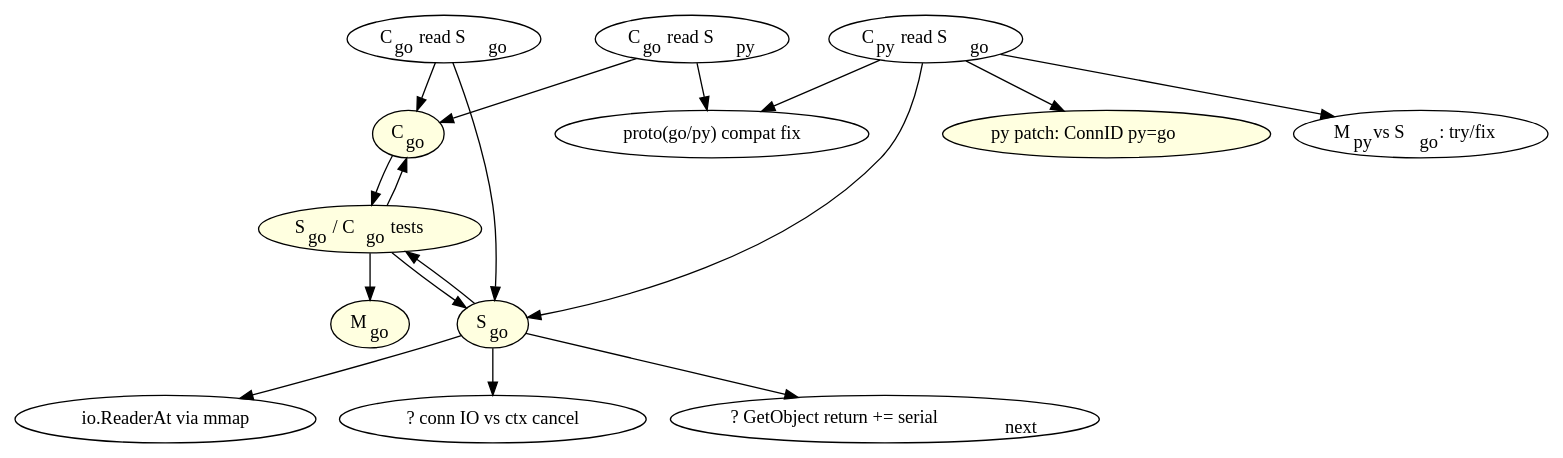
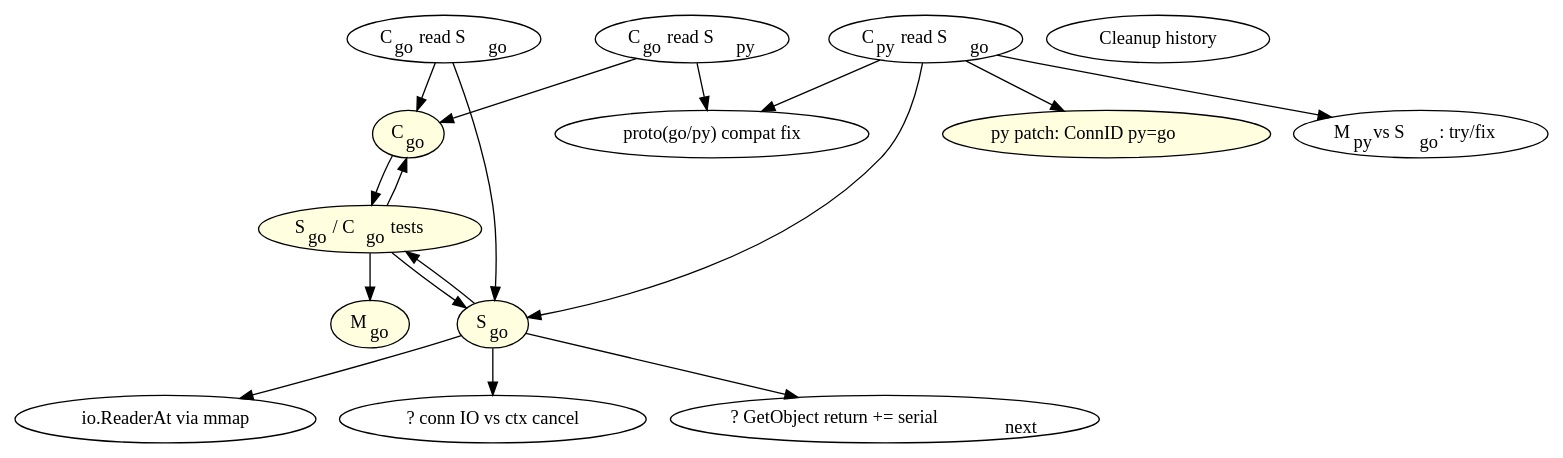
One commit to Nexedi/neoppod changed the diagram in go/todo.dot. Above: the diagram before and after it, drawn with Graphviz. The commit also changed 1 other file, not shown here.

```diff
--- a/go/todo.dot
+++ b/go/todo.dot
@@ -1,41 +1,42 @@
 digraph {
 	Cgo -> SCgo_t;
 	Sgo -> SCgo_t;
 
 	SCgo_t -> Mgo;
 	SCgo_t -> Sgo;
 	SCgo_t -> Cgo;
 
 	Sgo -> Mmap_go;
 	Sgo -> io_cancel;
 	Sgo -> load_serial_next;
 
 	Cpy_r_Sgo -> Sgo;
 	Cpy_r_Sgo -> Protog_fix;
 	Cpy_r_Sgo -> Cpy_patch;
 	Cpy_r_Sgo -> Mpy_vs_Sgo;
 
 	Cgo_r_Sgo -> Cgo;
 	Cgo_r_Sgo -> Sgo;		
 
 	Cgo_r_Spy -> Cgo;
 	Cgo_r_Spy -> Protog_fix;
 
 	Cgo		[label=<C<sub>go</sub>> style=filled fillcolor=lightyellow];
 	Sgo		[label=<S<sub>go</sub>> style=filled fillcolor=lightyellow];
 	Mgo		[label=<M<sub>go</sub>> style=filled fillcolor=lightyellow];
 	SCgo_t		[label=<S<sub>go</sub>  / C<sub>go</sub>  tests> style=filled fillcolor=lightyellow];
 	Cpy_r_Sgo	[label=<C<sub>py</sub>  read S<sub>go</sub>>];
 	Cgo_r_Sgo	[label=<C<sub>go</sub>  read S<sub>go</sub>>];
 	Cgo_r_Spy	[label=<C<sub>go</sub>  read S<sub>py</sub>>];
+	Cleanup		[label="Cleanup history"];
 	Cpy_patch	[label=<py patch: ConnID py=go> style=filled fillcolor=lightyellow];	// C<sub>py</sub>  patch for ConnID interop. with S<sub>go</sub>>];
 	Mmap_go		[label="io.ReaderAt via mmap"];
 	Protog_fix	[label="proto(go/py) compat fix"];
 	Mpy_vs_Sgo	[label=<M<sub>py</sub> vs S<sub>go</sub>: try/fix>];
 
 	io_cancel		[label="? conn IO vs ctx cancel"];
 	load_serial_next	[label=<? GetObject return += serial<sub>next</sub>>];
 
 	//Cgo -> Cgo_tasks;
 	//Cgo_tasks	[label="- talkMaster\n- update nodeTab/partTab\n- dial S on demand\n..." style=filled fillcolor=lightyellow];
 }
```
